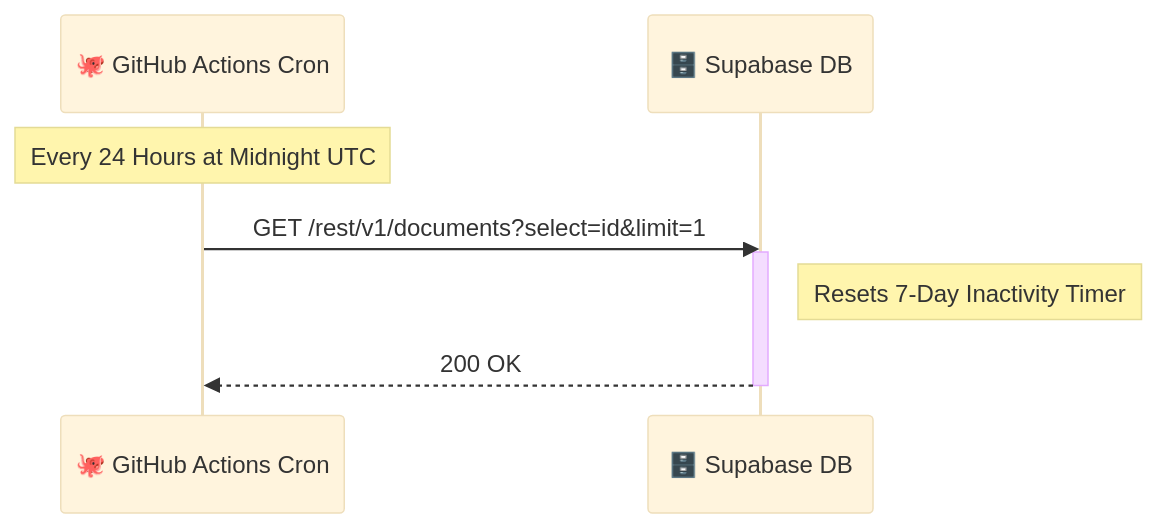
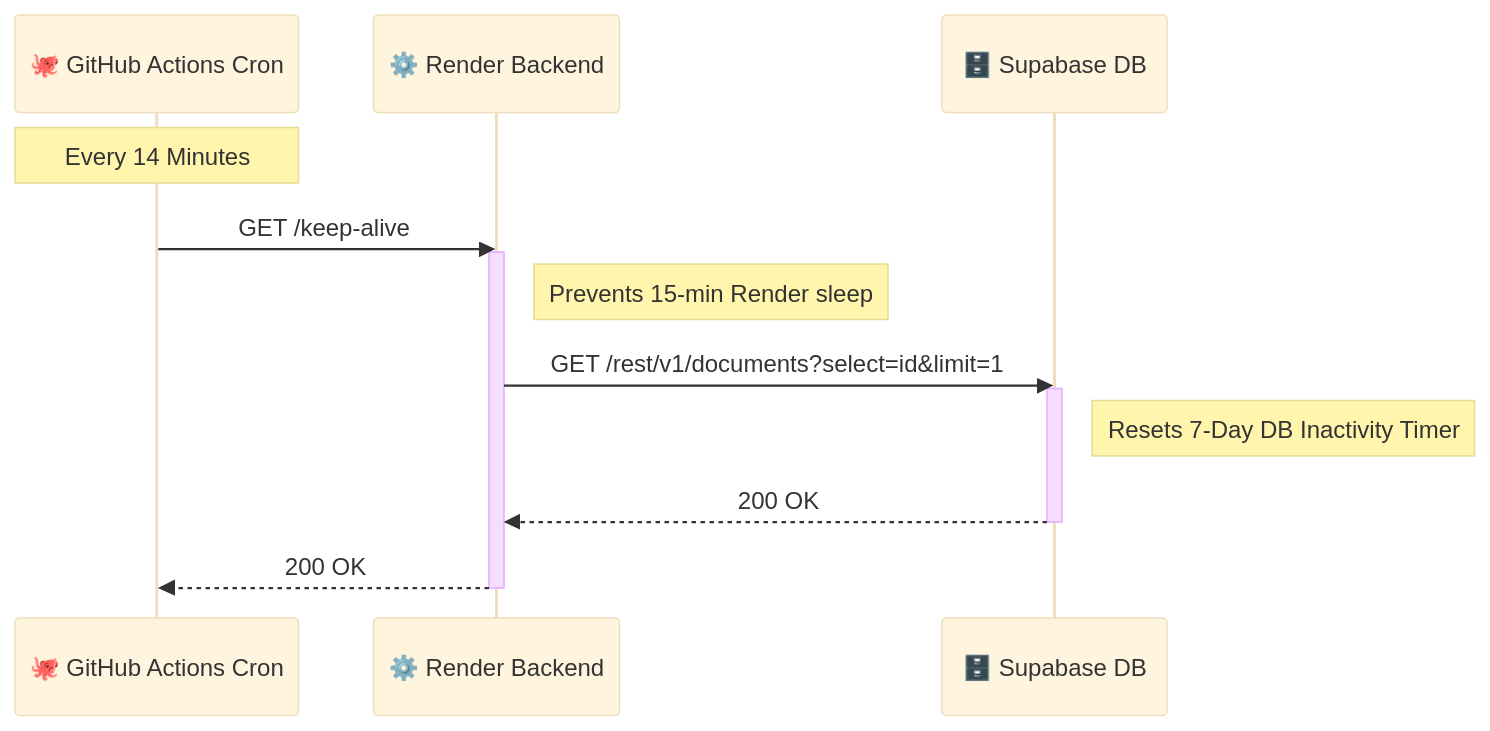
One commit to SujalAgrawal08/DocBrief changed the fourth of 4 diagrams in README.md. Above: the diagram before and after it, drawn with Mermaid (base theme). The commit also changed other lines of this file, not shown here.

Commit message:
Update README to reflect true architecture (A/B testing and Dual Keep-Alive)

````diff
--- a/README.md
+++ b/README.md
@@ -258,14 +259,21 @@
 ```mermaid
 sequenceDiagram
     participant GH as 🐙 GitHub Actions Cron
+    participant API as ⚙️ Render Backend
     participant DB as 🗄️ Supabase DB
 
-    Note over GH: Every 24 Hours at Midnight UTC
+    Note over GH: Every 14 Minutes
     
-    GH->>DB: GET /rest/v1/documents?select=id&limit=1
+    GH->>API: GET /keep-alive
+    activate API
+    Note right of API: Prevents 15-min Render sleep
+    
+    API->>DB: GET /rest/v1/documents?select=id&limit=1
     activate DB
-    Note right of DB: Resets 7-Day Inactivity Timer
+    Note right of DB: Resets 7-Day DB Inactivity Timer
+    DB-->>API: 200 OK
+    deactivate DB
     
-    DB-->>GH: 200 OK
-    deactivate DB
+    API-->>GH: 200 OK
+    deactivate API
 ```
````
